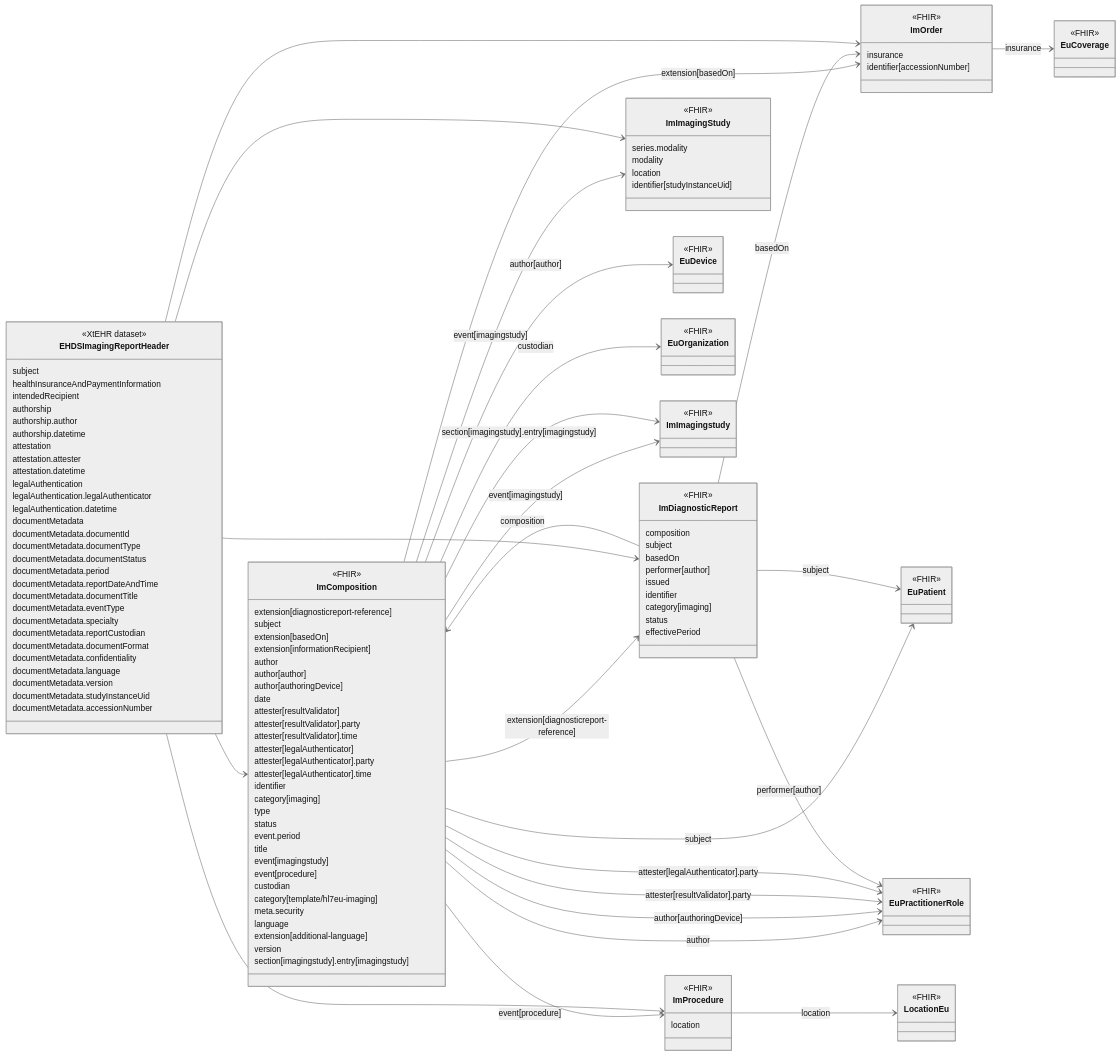
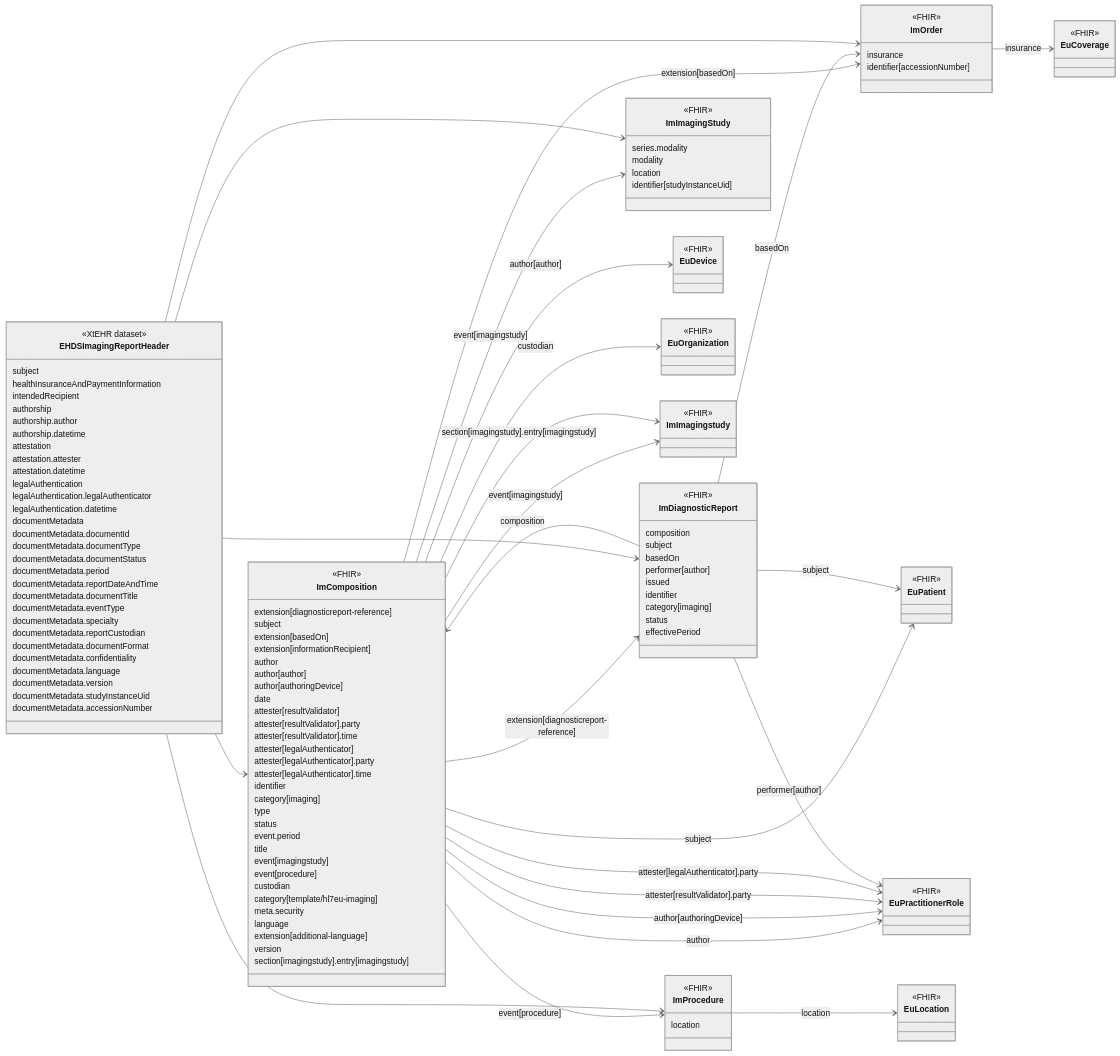
One commit to oijauregui/ehdsimaging changed the diagram in input/intro-notes/ConceptMap-EHDSImagingReportHeaderMap-intro.md. Above: the diagram before and after it, drawn with Mermaid (neutral theme). The commit also changed 25 other files, not shown here.

````diff
--- a/input/intro-notes/ConceptMap-EHDSImagingReportHeaderMap-intro.md
+++ b/input/intro-notes/ConceptMap-EHDSImagingReportHeaderMap-intro.md
@@ -135,7 +135,7 @@
 class EuCoverage {
   <<FHIR>>
 }
-class LocationEu {
+class EuLocation {
   <<FHIR>>
 }
 EHDSImagingReportHeader --> ImComposition
@@ -160,6 +160,6 @@
 EHDSImagingReportHeader --> ImOrder
 ImOrder --> EuCoverage : insurance
 EHDSImagingReportHeader --> ImProcedure
-ImProcedure --> LocationEu : location
+ImProcedure --> EuLocation : location
 EHDSImagingReportHeader --> ImImagingStudy
 ```
````
